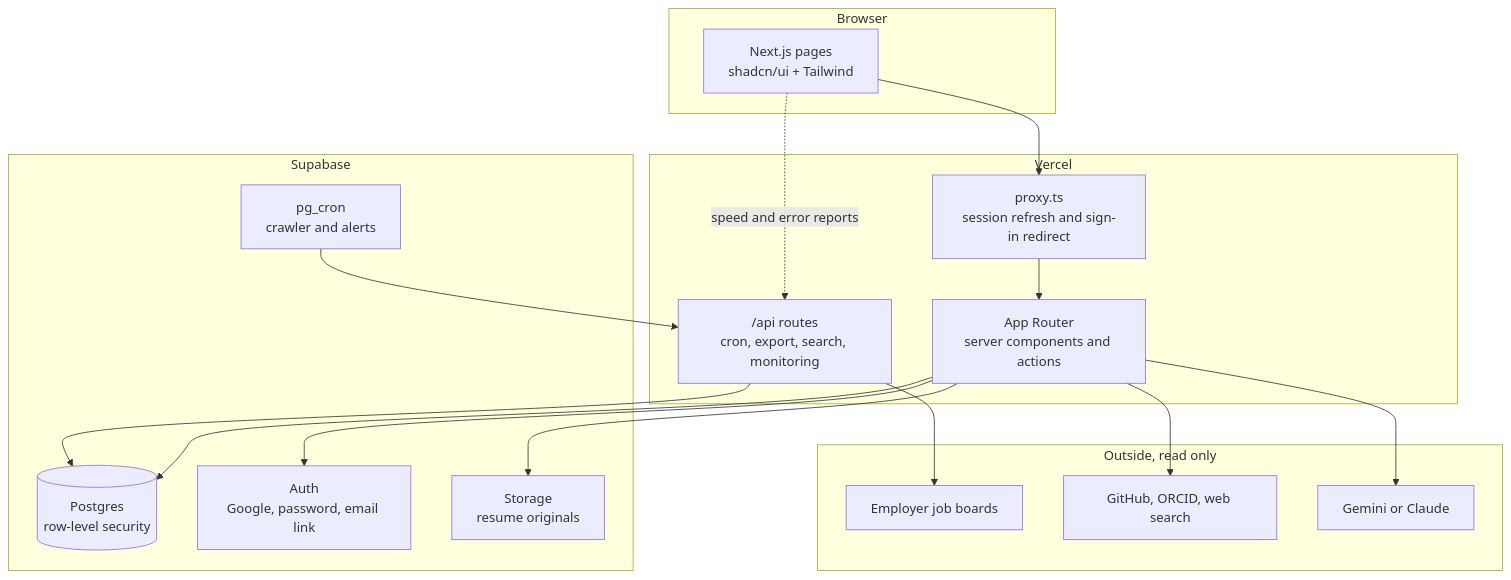
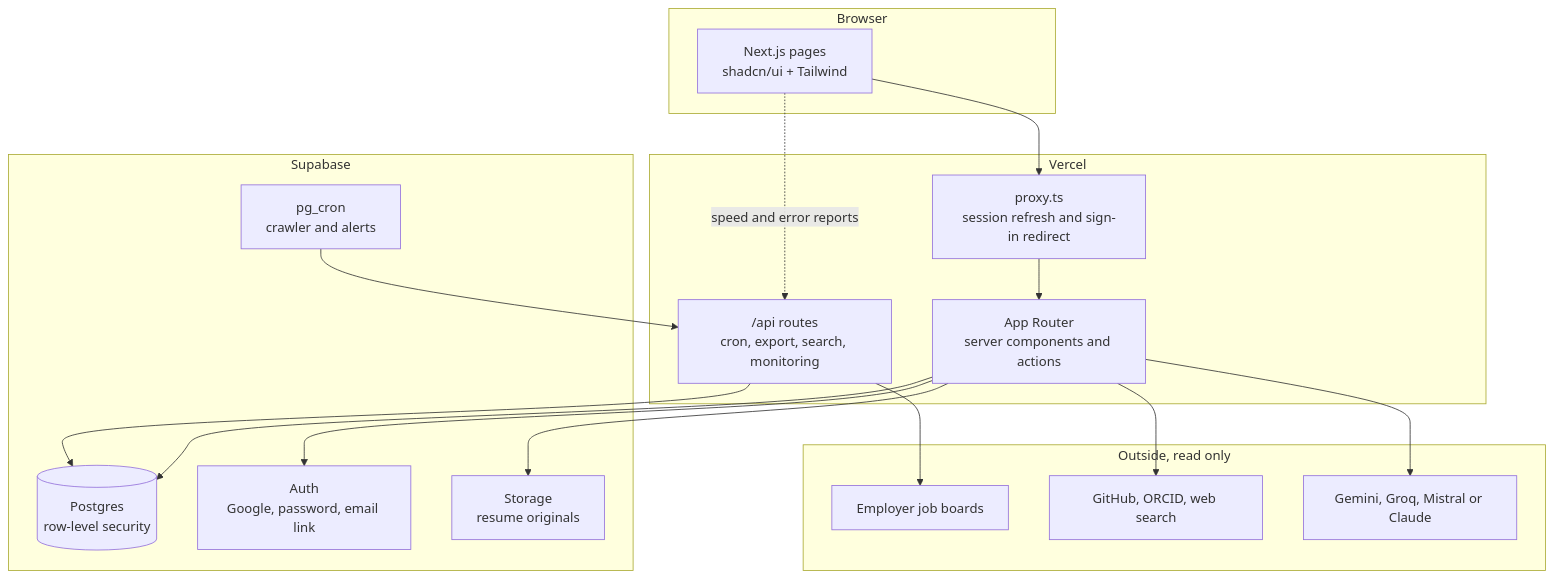
One commit to ShervinBabaei2007/Network-Growth-Assistance changed the second of 2 diagrams in README.md. Above: the diagram before and after it, drawn with Mermaid. The commit also changed other lines of this file and 4 other files, not shown here.

````diff
--- a/README.md
+++ b/README.md
@@ -339,31 +353,31 @@
 ```mermaid
 flowchart TB
     subgraph Browser
         UI["Next.js pages<br/>shadcn/ui + Tailwind"]
     end
     subgraph Vercel
         APP["App Router<br/>server components and actions"]
         PROXY["proxy.ts<br/>session refresh and sign-in redirect"]
         API["/api routes<br/>cron, export, search, monitoring"]
     end
     subgraph Supabase
         DB[("Postgres<br/>row-level security")]
         AUTH["Auth<br/>Google, password, email link"]
         STORE["Storage<br/>resume originals"]
         CRON["pg_cron<br/>crawler and alerts"]
     end
     subgraph "Outside, read only"
         BOARDS["Employer job boards"]
         PUBLIC["GitHub, ORCID, web search"]
-        AI["Gemini or Claude"]
+        AI["Gemini, Groq, Mistral or Claude"]
     end
     UI --> PROXY --> APP
     UI -. "speed and error reports" .-> API
     APP --> DB
     APP --> AUTH
     APP --> STORE
     CRON --> API --> DB
     API --> BOARDS
     APP --> PUBLIC
     APP --> AI
 ```
````
